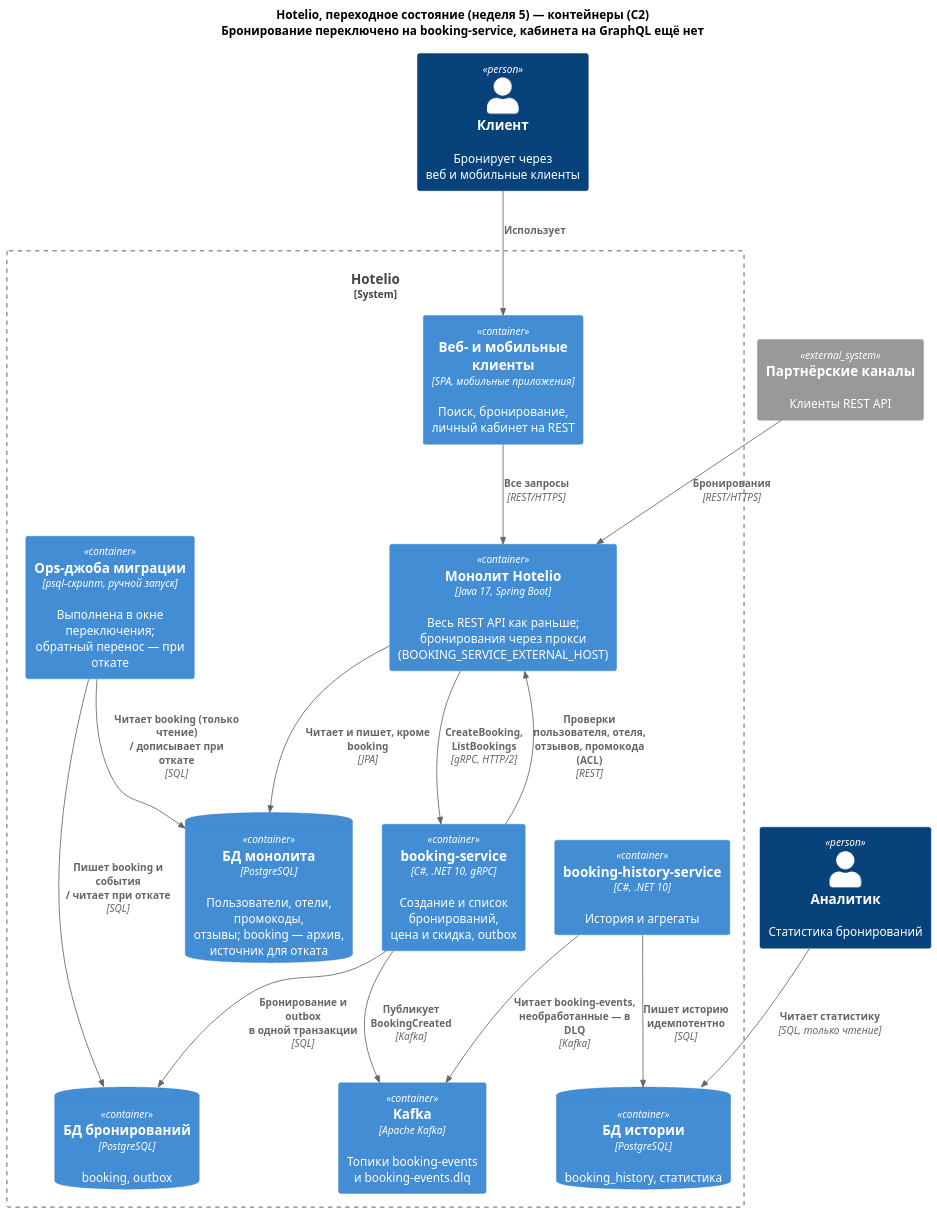
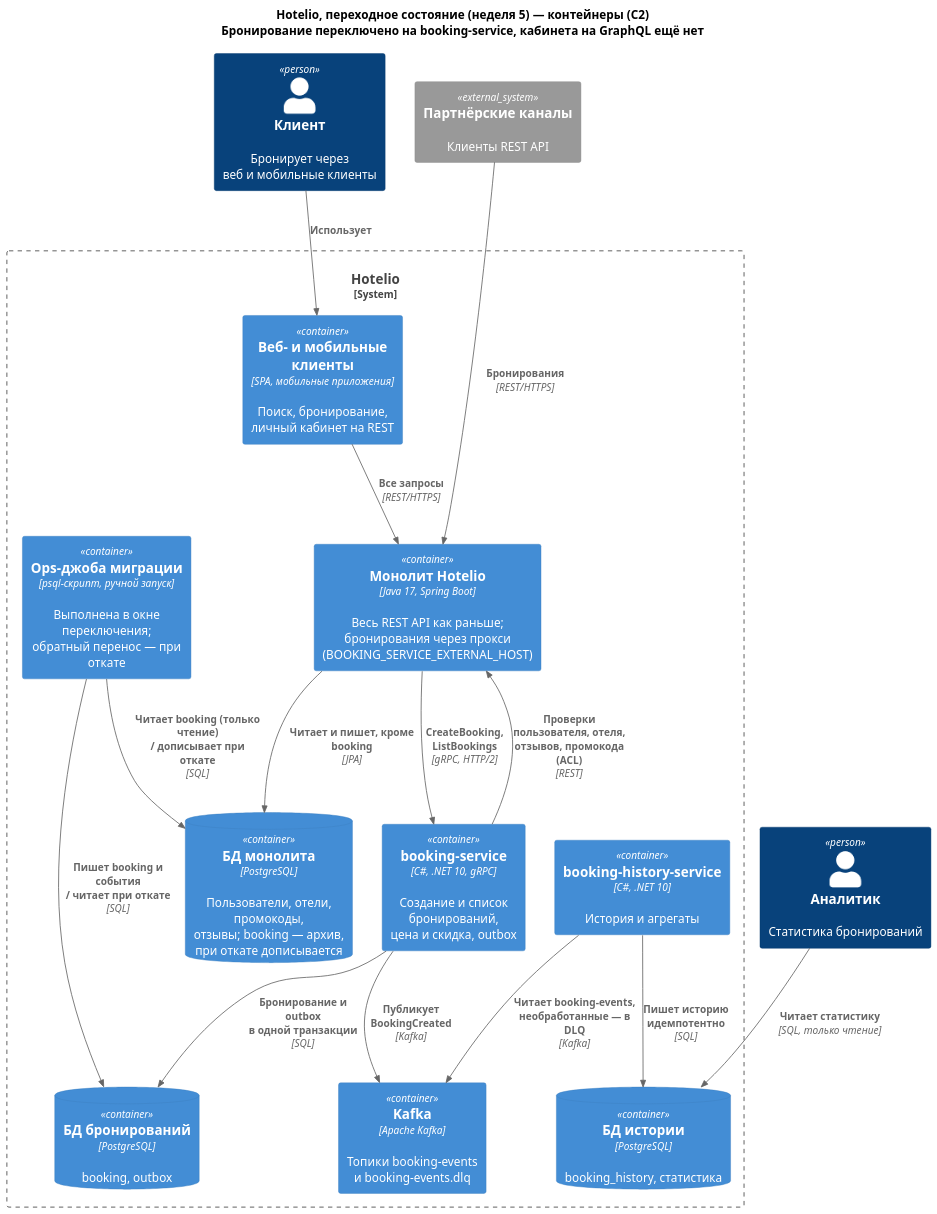
One commit to rozhkovsvyat/msa-sprint2 changed the diagram in tasks/task1/results/diagrams/transition-containers.puml. Above: the diagram before and after it, drawn with PlantUML. The commit also changed 8 other files, not shown here.

Commit message:
AI-LOG и схемы задания 1: решения автора по журналу, откат прокси через false, подписи без наложений

```diff
--- a/tasks/task1/results/diagrams/transition-containers.puml
+++ b/tasks/task1/results/diagrams/transition-containers.puml
@@ -1,46 +1,47 @@
 @startuml
 !include <C4/C4_Container>
 LAYOUT_TOP_DOWN()
 skinparam nodesep 35
 skinparam ranksep 75
 skinparam defaultFontName Arial
 skinparam dpi 130
 show stereotype
 
 title
 Hotelio, переходное состояние (неделя 5) — контейнеры (C2)
 Бронирование переключено на booking-service, кабинета на GraphQL ещё нет
 end title
 
 Person(guest, "Клиент", "Бронирует через\nвеб и мобильные клиенты")
 Person(analyst, "Аналитик", "Статистика бронирований")
 System_Ext(partners, "Партнёрские каналы", "Клиенты REST API")
 
 System_Boundary(hotelio, "Hotelio") {
   Container(web, "Веб- и мобильные клиенты", "SPA, мобильные приложения", "Поиск, бронирование,\nличный кабинет на REST")
   Container(mono, "Монолит Hotelio", "Java 17, Spring Boot", "Весь REST API как раньше;\nбронирования через прокси\n(BOOKING_SERVICE_EXTERNAL_HOST)")
-  ContainerDb(monodb, "БД монолита", "PostgreSQL", "Пользователи, отели, промокоды,\nотзывы; booking — архив,\nисточник для отката")
+  ContainerDb(monodb, "БД монолита", "PostgreSQL", "Пользователи, отели, промокоды,\nотзывы; booking — архив,\nпри откате дописывается")
 
   Container(bs, "booking-service", "C#, .NET 10, gRPC", "Создание и список бронирований,\nцена и скидка, outbox")
   ContainerDb(bsdb, "БД бронирований", "PostgreSQL", "booking, outbox")
   Container(kafka, "Kafka", "Apache Kafka", "Топики booking-events\nи booking-events.dlq")
   Container(hs, "booking-history-service", "C#, .NET 10", "История и агрегаты")
   ContainerDb(hsdb, "БД истории", "PostgreSQL", "booking_history, статистика")
   Container(mig, "Ops-джоба миграции", "psql-скрипт, ручной запуск", "Выполнена в окне переключения;\nобратный перенос — при откате")
 }
 
+Lay_R(guest, partners)
 Rel(guest, web, "Использует")
 Rel(web, mono, "Все запросы", "REST/HTTPS")
 Rel(partners, mono, "Бронирования", "REST/HTTPS")
 
 Rel(mono, bs, "CreateBooking, ListBookings", "gRPC, HTTP/2")
 Rel(bs, mono, "Проверки пользователя, отеля,\nотзывов, промокода (ACL)", "REST")
 Rel(mono, monodb, "Читает и пишет, кроме booking", "JPA")
 Rel(bs, bsdb, "Бронирование и outbox\nв одной транзакции", "SQL")
 Rel(bs, kafka, "Публикует BookingCreated", "Kafka")
 Rel(hs, kafka, "Читает booking-events,\nнеобработанные — в DLQ", "Kafka")
 Rel(hs, hsdb, "Пишет историю идемпотентно", "SQL")
 Rel(analyst, hsdb, "Читает статистику", "SQL, только чтение")
 Rel(mig, monodb, "Читает booking (только чтение)\n/ дописывает при откате", "SQL")
 Rel(mig, bsdb, "Пишет booking и события\n/ читает при откате", "SQL")
 @enduml
```
